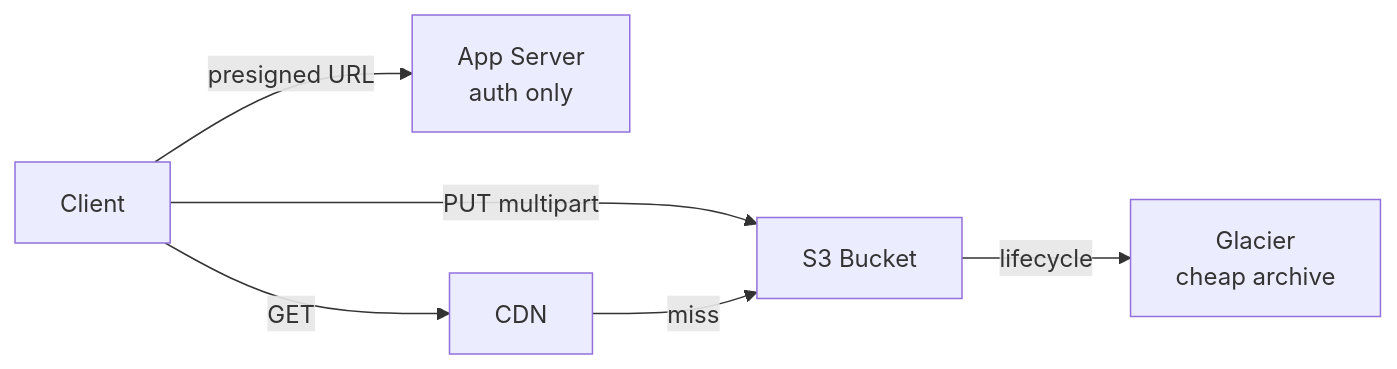
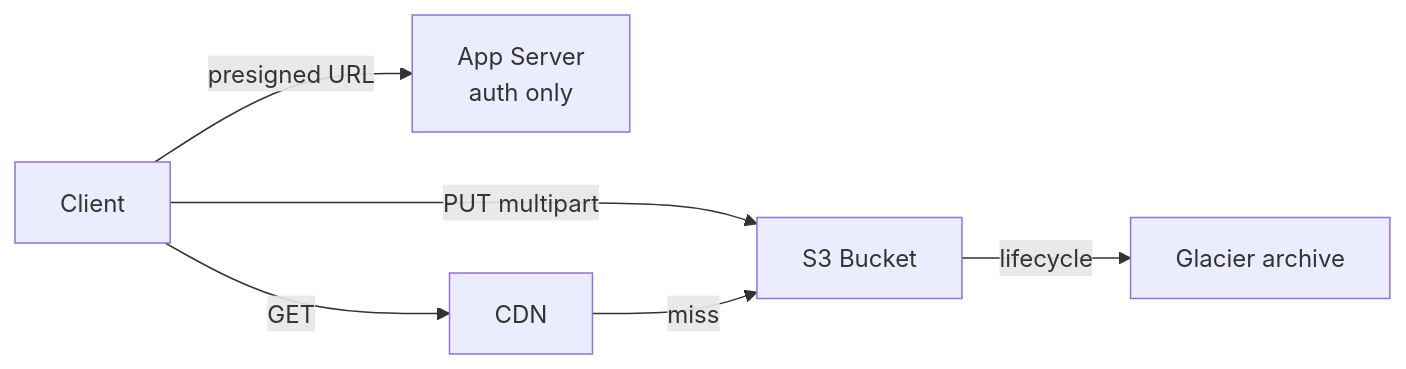
Before and after one commit to rakshitagarwal/champ-dsa: the diagram in content/system-design/s3.md, drawn with Mermaid. The commit also changed other lines of this file and 100 other files, not shown here.

````diff
--- a/content/system-design/s3.md
+++ b/content/system-design/s3.md
@@ -22,8 +20,8 @@
 ```mermaid
 graph LR
     A[Client] -->|presigned URL| B[App Server<br/>auth only]
     A -->|PUT multipart| C[S3 Bucket]
     A -->|GET| D[CDN]
     D -->|miss| C
-    C -->|lifecycle| E[Glacier<br/>cheap archive]
+    C -->|lifecycle| E[Glacier archive]
 ```
````
